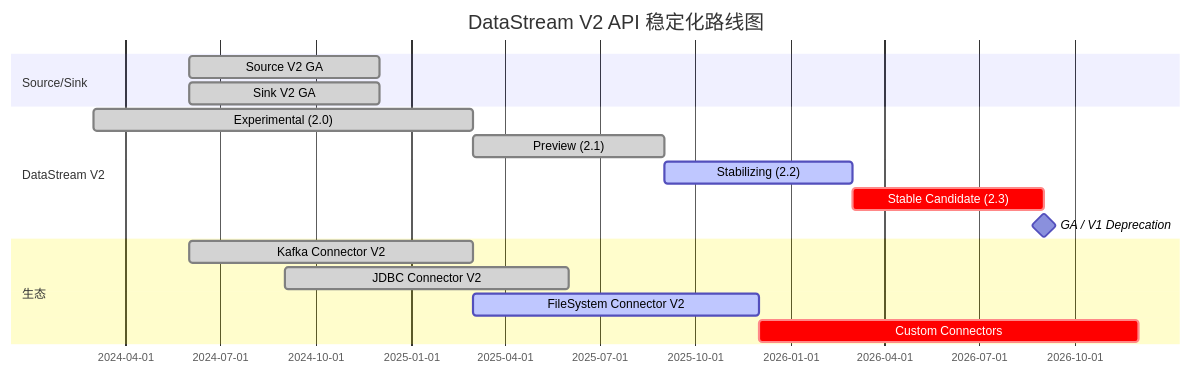
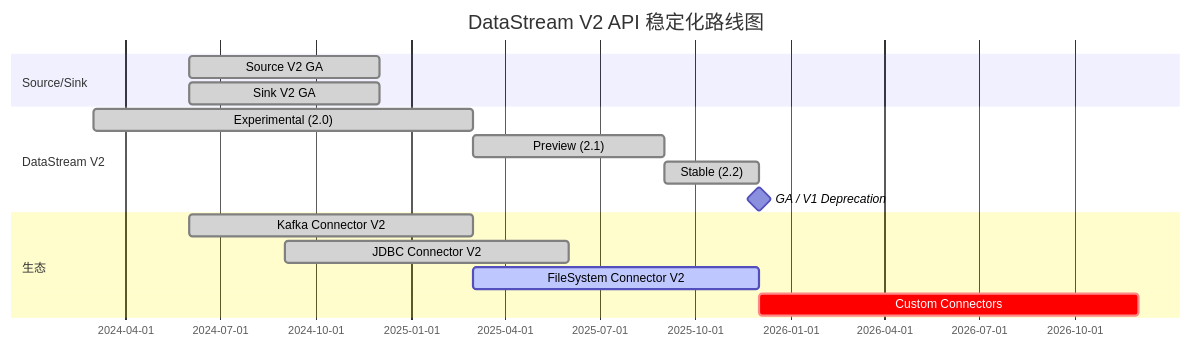
Before and after one commit to AdaMartin18010/AnalysisDataFlow: the fifth of 5 diagrams in Flink/03-api/09-language-foundations/datastream-v2-api-complete-guide.md, drawn with Mermaid. The commit also changed other lines of this file and 34 other files, not shown here.

````diff
--- a/Flink/03-api/09-language-foundations/datastream-v2-api-complete-guide.md
+++ b/Flink/03-api/09-language-foundations/datastream-v2-api-complete-guide.md
@@ -1970,19 +1970,18 @@
 ```mermaid
 gantt
     title DataStream V2 API 稳定化路线图
     dateFormat YYYY-MM
     section Source/Sink
     Source V2 GA           :done, src_ga, 2024-06, 2024-12
     Sink V2 GA             :done, sink_ga, 2024-06, 2024-12
     section DataStream V2
     Experimental (2.0)     :done, exp, 2024-03, 2025-03
     Preview (2.1)          :done, prev, 2025-03, 2025-09
-    Stabilizing (2.2)      :active, stab, 2025-09, 2026-03
-    Stable Candidate (2.3) :crit, cand, 2026-03, 2026-09
-    GA / V1 Deprecation    :milestone, ga, 2026-09, 0d
+    Stable (2.2)           :done, stab, 2025-09, 2025-12
+    GA / V1 Deprecation    :milestone, ga, 2025-12, 0d
     section 生态
     Kafka Connector V2     :done, kafka, 2024-06, 2025-03
     JDBC Connector V2      :done, jdbc, 2024-09, 2025-06
     FileSystem Connector V2 :active, fs, 2025-03, 2025-12
     Custom Connectors      :crit, custom, 2025-12, 2026-12
 ```
````
